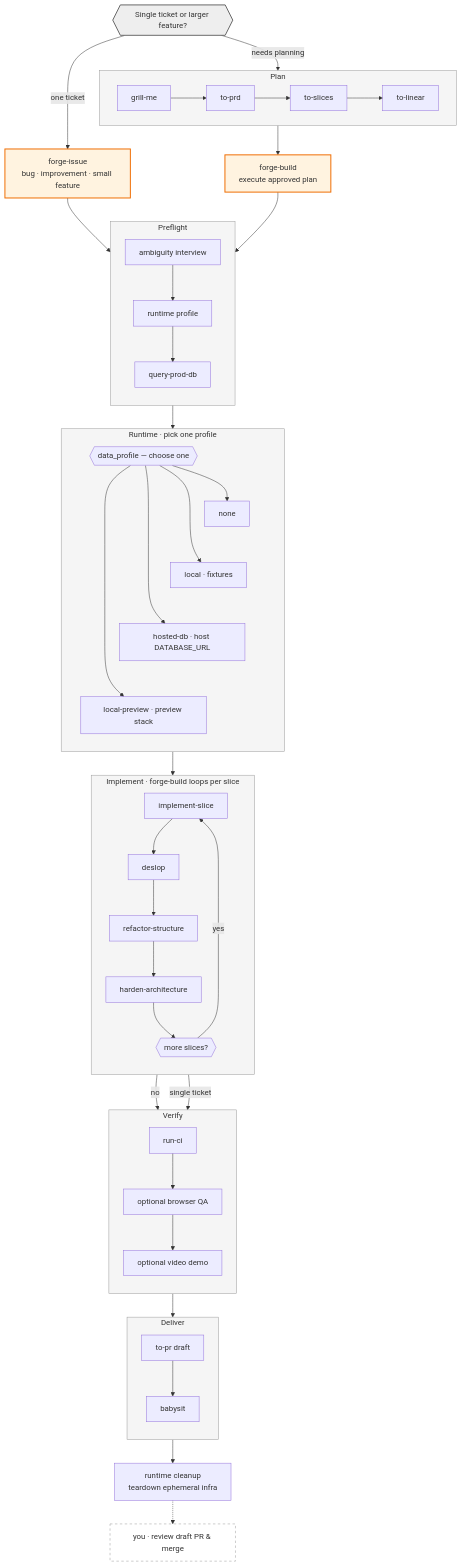
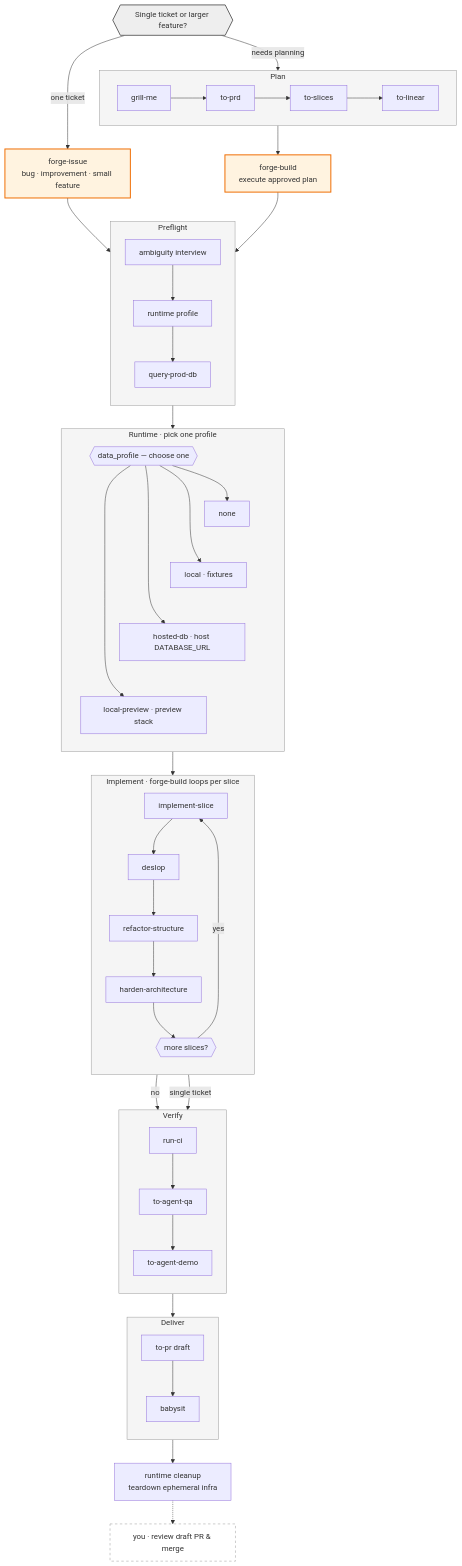
Before and after one commit to evan-mavis/skills: the diagram in ai-dev-workflow/README.md, drawn with Mermaid. The commit also changed other lines of this file and 2 other files, not shown here.

Commit message:
feat: publish agent QA and demo skills

````diff
--- a/ai-dev-workflow/README.md
+++ b/ai-dev-workflow/README.md
@@ -3,80 +3,80 @@
 ```mermaid
 %%{init: {"flowchart": {"nodeSpacing": 40, "rankSpacing": 48, "padding": 14}}}%%
 flowchart TB
   ORCH{{"Single ticket or larger feature?"}}
 
   E1["forge-issue<br/>bug · improvement · small feature"]
 
   subgraph PLANPATH["Plan"]
     direction LR
     P1["grill-me"] --> P2["to-prd"] --> P3["to-slices"] --> P4["to-linear"]
   end
 
   E2["forge-build<br/>execute approved plan"]
 
   ORCH -->|"one ticket"| E1
   ORCH -->|"needs planning"| P1
   P4 --> E2
 
   subgraph PREFLIGHT["Preflight"]
     direction TB
     PF1["ambiguity interview"] --> PF2["runtime profile"] --> PF3["query-prod-db"]
   end
 
   E1 --> PF1
   E2 --> PF1
 
   subgraph RUNTIME["Runtime · pick one profile"]
     direction TB
     RT0{{"data_profile — choose one"}}
     R1["none"]
     R2["local · fixtures"]
     R3["hosted-db · host DATABASE_URL"]
     R4["local-preview · preview stack"]
     RT0 --> R1
     RT0 --> R2
     RT0 --> R3
     RT0 --> R4
     R1 ~~~ R2
     R2 ~~~ R3
     R3 ~~~ R4
   end
 
   subgraph IMPLEMENT["Implement · forge-build loops per slice"]
     direction TB
     I1["implement-slice"] --> I2["deslop"] --> I3["refactor-structure"] --> I4["harden-architecture"]
     NEXT{{"more slices?"}}
     I4 --> NEXT
     NEXT -->|yes| I1
   end
 
   subgraph VERIFY["Verify"]
     direction TB
-    V1["run-ci"] --> V2["optional browser QA"] --> V3["optional video demo"]
+    V1["run-ci"] --> V2["to-agent-qa"] --> V3["to-agent-demo"]
   end
 
   subgraph DELIVER["Deliver"]
     direction TB
     D1["to-pr draft"] --> D2["babysit"]
   end
 
   CLEANUP["runtime cleanup<br/>teardown ephemeral infra"]
   YOU["you · review draft PR & merge"]
 
   PF3 --> RT0
   RT0 --> I1
   NEXT -->|no| V1
   I4 -->|"single ticket"| V1
   V3 --> D1
   D2 --> CLEANUP
   CLEANUP -.-> YOU
 
   classDef phase fill:#f5f5f5,stroke:#999,stroke-width:1px
   classDef orchestrator fill:#fff3e0,stroke:#ef6c00,stroke-width:2px
   classDef entry fill:#eeeeee,stroke:#666,stroke-width:2px
   classDef human fill:#fff,stroke:#999,stroke-width:1px,stroke-dasharray: 5 5
   class PLANPATH,PREFLIGHT,RUNTIME,IMPLEMENT,VERIFY,DELIVER phase
   class E1,E2 orchestrator
   class ORCH entry
   class YOU human
 ```
````
